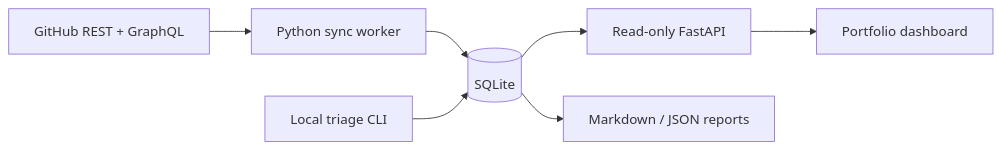
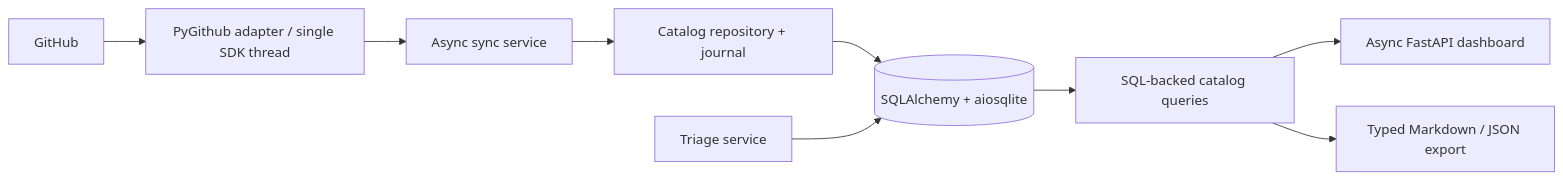
One commit to jufty-bot/gh-maintainer changed the diagram in docs/architecture.md. Above: the diagram before and after it, drawn with Mermaid. The commit also changed other lines of this file and 30 other files, not shown here.

Commit message:
Refactor storage and GitHub sync around typed async services

````diff
--- a/docs/architecture.md
+++ b/docs/architecture.md
@@ -3,9 +3,11 @@
 ```mermaid
 flowchart LR
-    G[GitHub REST + GraphQL] --> W[Python sync worker]
-    W --> D[(SQLite)]
-    T[Local triage CLI] --> D
-    D --> A[Read-only FastAPI]
-    A --> U[Portfolio dashboard]
-    D --> R[Markdown / JSON reports]
+    G[GitHub] --> P[PyGithub adapter / single SDK thread]
+    P --> S[Async sync service]
+    S --> R[Catalog repository + journal]
+    R --> D[(SQLAlchemy + aiosqlite)]
+    D --> Q[SQL-backed catalog queries]
+    Q --> A[Async FastAPI dashboard]
+    Q --> E[Typed Markdown / JSON export]
+    T[Triage service] --> D
 ```
````
